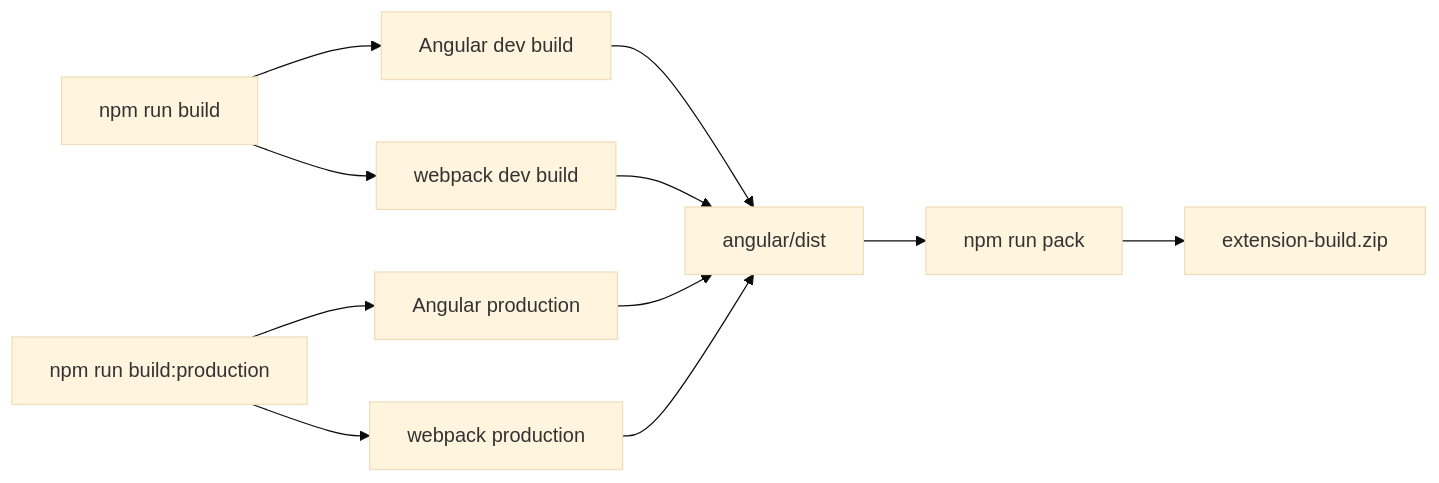
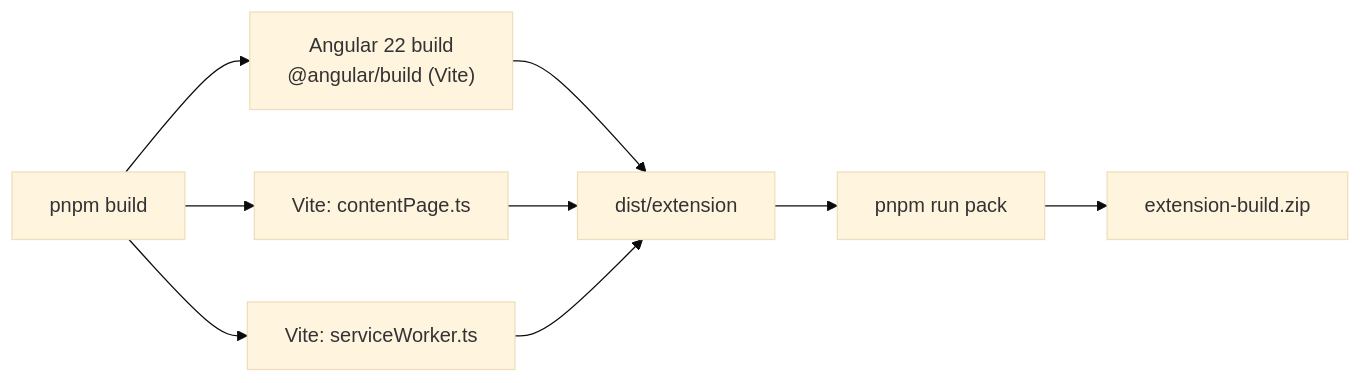
The diagram in CONTRIBUTING.md (selegic/switch-to-classic), drawn with Mermaid (base theme) before and after one commit. The commit also changed other lines of this file and 77 other files, not shown here.

First line of the commit message:
build: upgrade to Angular 22, Vite 8 and pnpm 12 (#17)

````diff
--- a/CONTRIBUTING.md
+++ b/CONTRIBUTING.md
@@ -28,13 +26,11 @@
 ```mermaid
 flowchart LR
-    A["npm run build"] --> B["Angular dev build"]
-    A --> C["webpack dev build"]
-    E["npm run build:production"] --> F["Angular production"]
-    E --> G["webpack production"]
-    B --> D["angular/dist"]
-    C --> D
-    F --> D
-    G --> D
-    D --> I["npm run pack"]
-    I --> J["extension-build.zip"]
+    A["pnpm build"] --> B["Angular 22 build<br/>@angular/build (Vite)"]
+    A --> C["Vite: contentPage.ts"]
+    A --> D["Vite: serviceWorker.ts"]
+    B --> E["dist/extension"]
+    C --> E
+    D --> E
+    E --> F["pnpm run pack"]
+    F --> G["extension-build.zip"]
 ```
````
